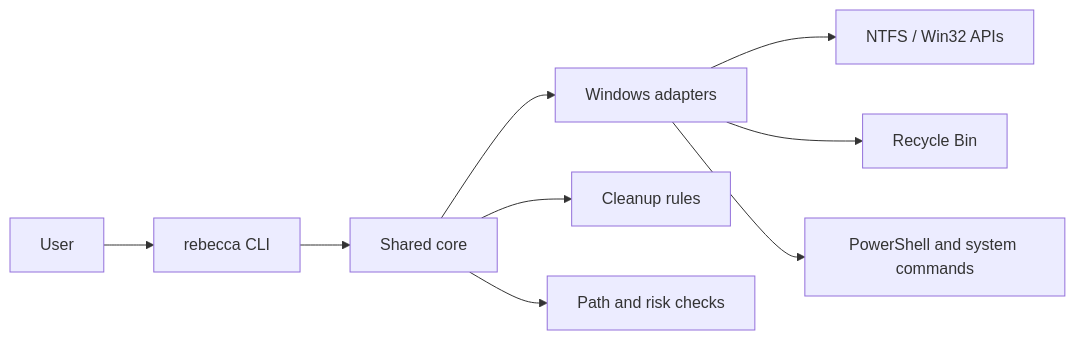
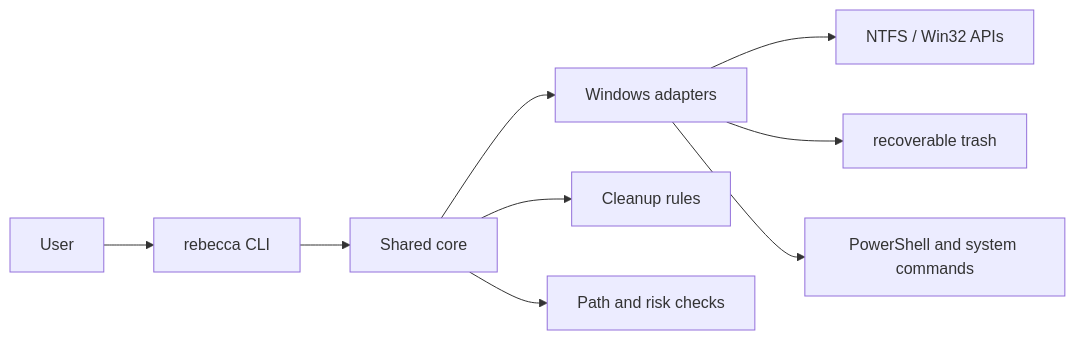
The diagram in docs/adr/0001-platform-strategy.md (Latias94/rebecca), drawn with Mermaid before and after one commit. The commit also changed other lines of this file and 67 other files, not shown here.

````diff
--- a/docs/adr/0001-platform-strategy.md
+++ b/docs/adr/0001-platform-strategy.md
@@ -19,11 +19,11 @@
 ```mermaid
 flowchart LR
   User[User] --> CLI[rebecca CLI]
   CLI --> Core[Shared core]
   Core --> Win[Windows adapters]
   Core --> Rules[Cleanup rules]
   Core --> Safety[Path and risk checks]
   Win --> NTFS[NTFS / Win32 APIs]
-  Win --> Recycle[Recycle Bin]
+  Win --> Recycle[recoverable trash]
   Win --> Shell[PowerShell and system commands]
 ```
````
